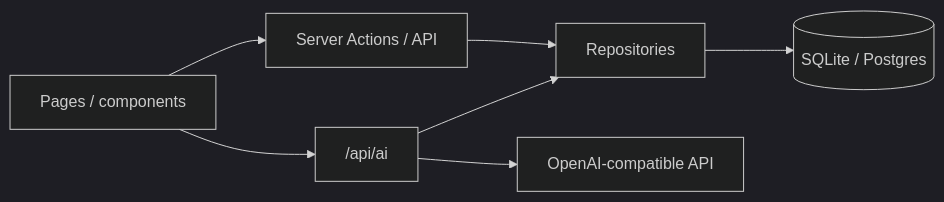
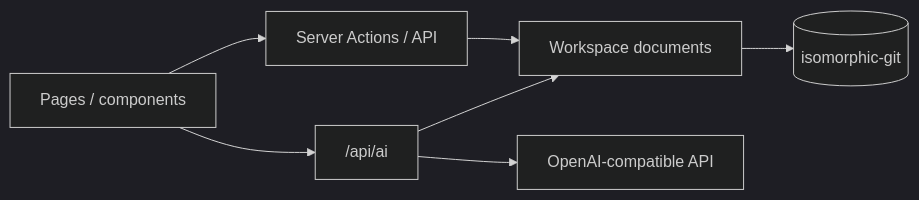
Before and after one commit to hchen90/resume-pro: the diagram in docs/overview.md, drawn with Mermaid (dark theme). The commit also changed other lines of this file and 42 other files, not shown here.

````diff
--- a/docs/overview.md
+++ b/docs/overview.md
@@ -36,9 +36,9 @@
 ```mermaid
 flowchart LR
   UI[Pages / components] --> Actions[Server Actions / API]
-  Actions --> Repo[Repositories]
-  Repo --> DB[(SQLite / Postgres)]
+  Actions --> WS[Workspace documents]
+  WS --> Git[(isomorphic-git)]
   UI --> AI["/api/ai"]
   AI --> LLM["OpenAI-compatible API"]
-  AI --> Repo
+  AI --> WS
 ```
````
